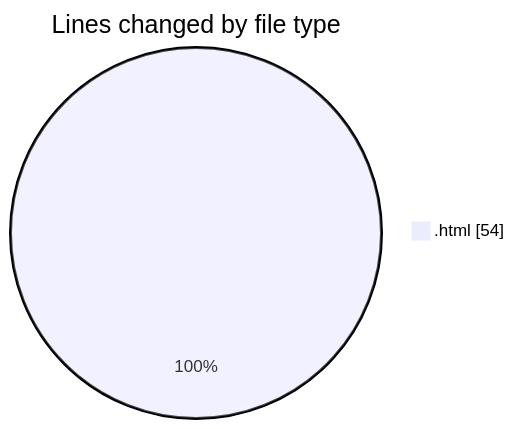
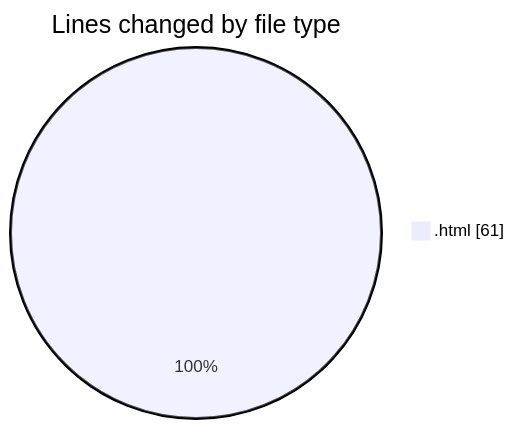
Before and after one commit to nxtqubesakshisongat/code-tracking: the first of 2 diagrams in 2025-10-23/javacript/README.md, drawn with Mermaid. The commit also changed other lines of this file and 1 other file, not shown here.

````diff
--- a/2025-10-23/javacript/README.md
+++ b/2025-10-23/javacript/README.md
@@ -20,5 +20,5 @@
 ```mermaid
 pie showData
 title Lines changed by file type
-".html" : 54
+".html" : 61
 ```
````
